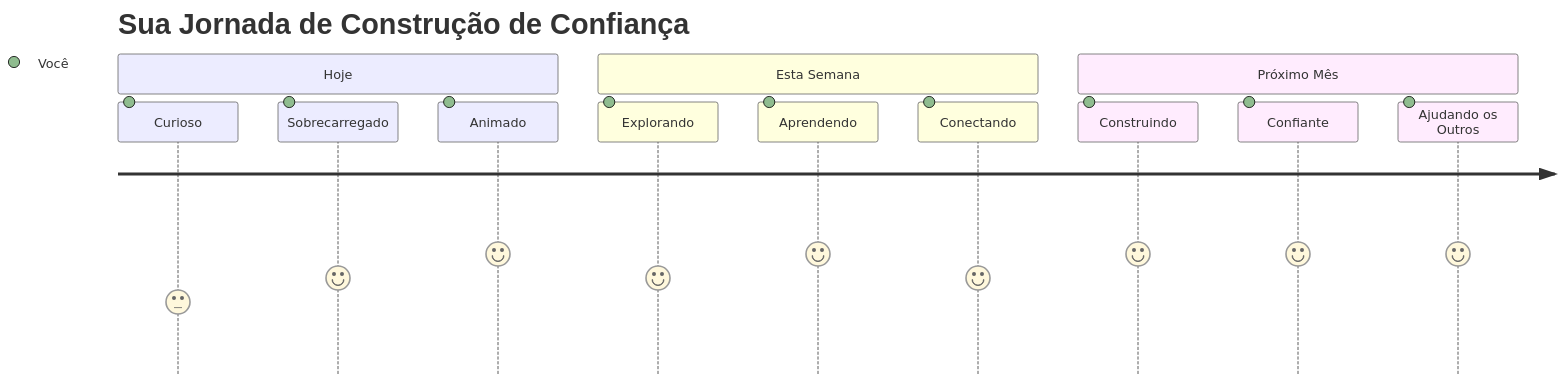
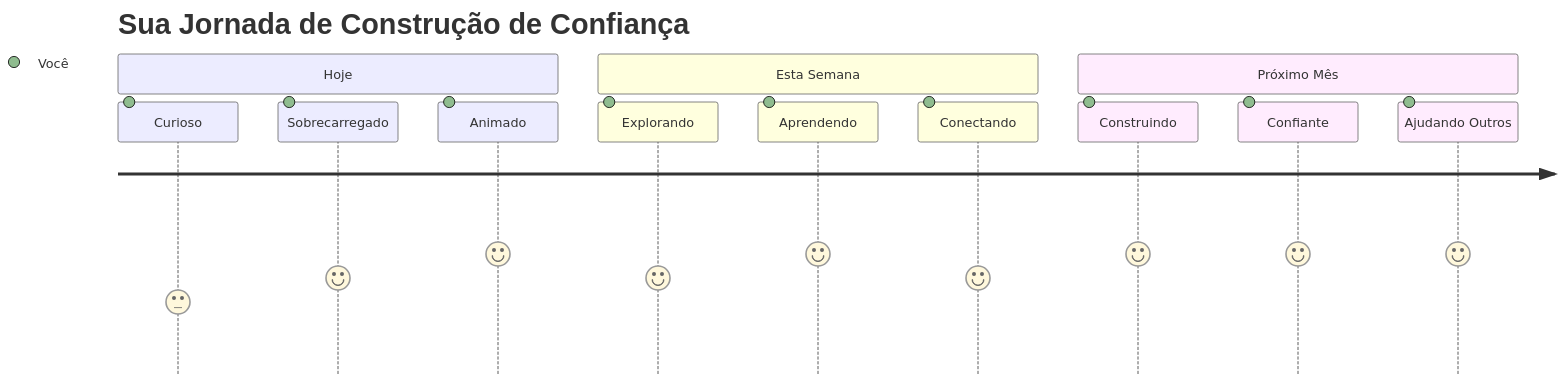
The seventh of 7 diagrams in translations/pt-BR/1-getting-started-lessons/1-intro-to-programming-languages/README.md (microsoft/Web-Dev-For-Beginners), drawn with Mermaid before and after one commit. The commit also changed other lines of this file and 8 other files, not shown here.

````diff
--- a/translations/pt-BR/1-getting-started-lessons/1-intro-to-programming-languages/README.md
+++ b/translations/pt-BR/1-getting-started-lessons/1-intro-to-programming-languages/README.md
@@ -831,16 +833,16 @@
 ```mermaid
 journey
     title Sua Jornada de Construção de Confiança
     section Hoje
       Curioso: 3: Você
       Sobrecarregado: 4: Você
       Animado: 5: Você
     section Esta Semana
       Explorando: 4: Você
       Aprendendo: 5: Você
       Conectando: 4: Você
     section Próximo Mês
       Construindo: 5: Você
       Confiante: 5: Você
-      Ajudando os Outros: 5: Você
+      Ajudando Outros: 5: Você
 ```
````
